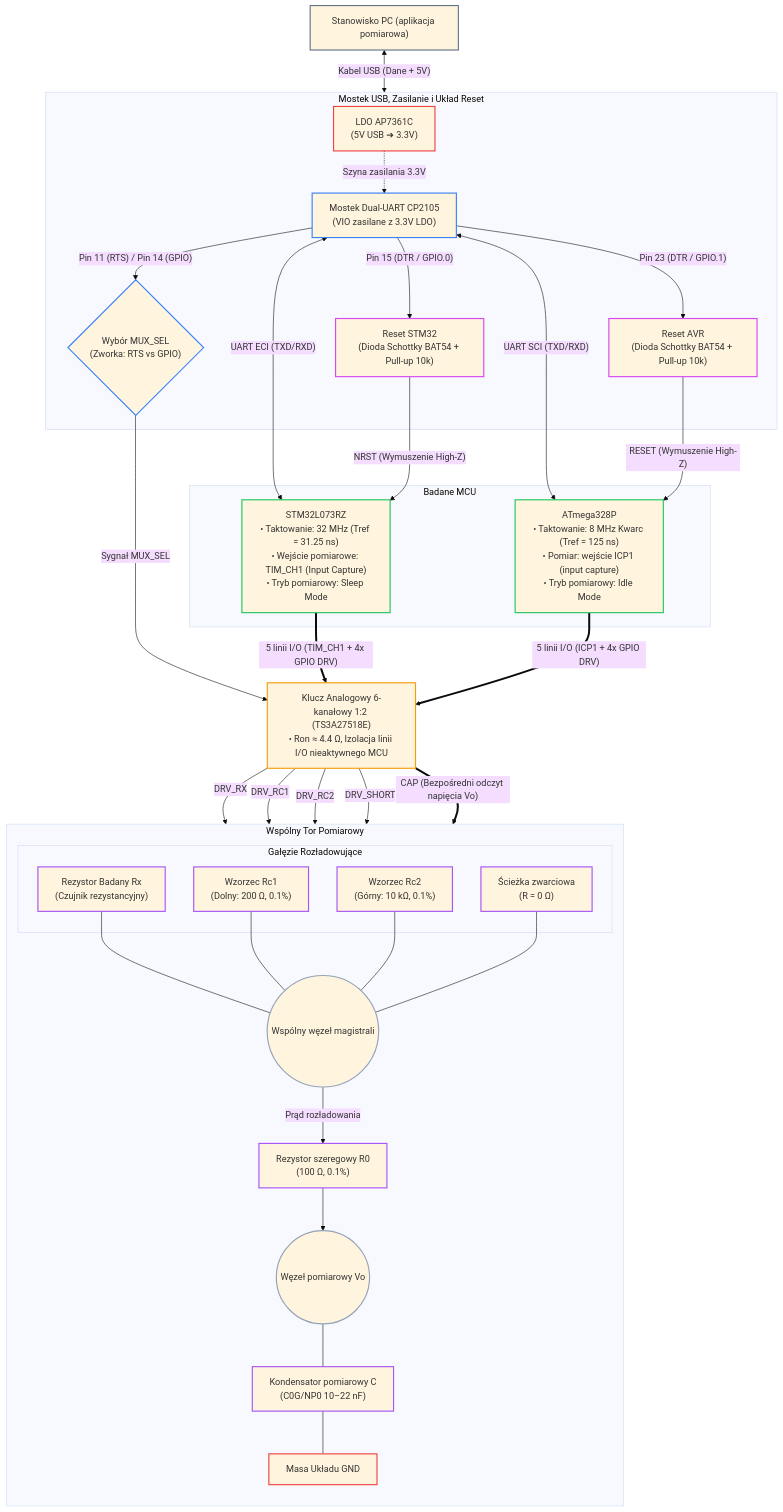
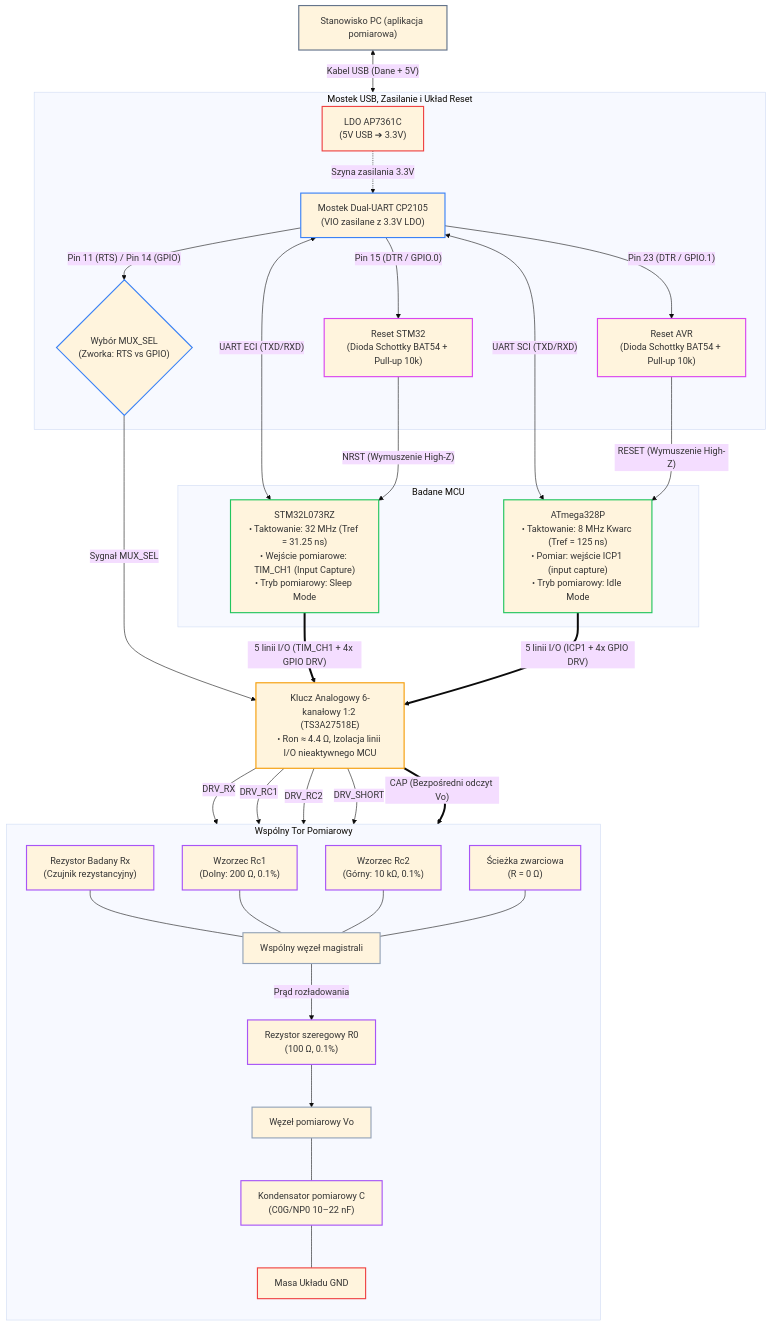
Before and after one commit to trebuHE/PDM-DIC-RS: the diagram in docs/concept.md, drawn with Mermaid (base theme).

Commit message:
update block diagram

````diff
--- a/docs/concept.md
+++ b/docs/concept.md
@@ -29,81 +29,74 @@
 ```mermaid
   flowchart TB
-  subgraph InterfaceSection["Mostek USB, Zasilanie i Układ Reset"]
-          LDO["LDO AP7361C\n(5V USB ➔ 3.3V)"]
-          CP2105["Mostek Dual-UART CP2105\n(VIO zasilane z 3.3V LDO)"]
-          RST_STM["Reset STM32\n(Dioda Schottky BAT54 + Pull-up 10k)"]
-          RST_AVR["Reset AVR\n(Dioda Schottky BAT54 + Pull-up 10k)"]
-          MUX_JUMP{"Wybór MUX_SEL\n(Zworka: RTS vs GPIO)"}
+    subgraph InterfaceSection["Mostek USB, Zasilanie i Układ Reset"]
+        LDO["LDO AP7361C\n(5V USB ➔ 3.3V)"]:::pwrStyle
+        CP2105["Mostek Dual-UART CP2105\n(VIO zasilane z 3.3V LDO)"]:::commStyle
+        RST_STM["Reset STM32\n(Dioda Schottky BAT54 + Pull-up 10k)"]:::rstStyle
+        RST_AVR["Reset AVR\n(Dioda Schottky BAT54 + Pull-up 10k)"]:::rstStyle
+        MUX_JUMP{"Wybór MUX_SEL\n(Zworka: RTS vs GPIO)"}:::commStyle
     end
-  subgraph MCUSection["Badane MCU"]
-          STM32["STM32L073RZ\n• Taktowanie: 32 MHz (Tref = 31.25 ns)\n• Wejście pomiarowe: TIM_CH1 (Input Capture)\n• Tryb pomiarowy: Sleep Mode"]
-          AVR["ATmega328P\n• Taktowanie: 8 MHz Kwarc (Tref = 125 ns)\n• Pomiar: wejście ICP1 (input capture)\n• Tryb pomiarowy: Idle Mode"]
+
+    subgraph MCUSection["Badane MCU"]
+        STM32["STM32L073RZ\n• Taktowanie: 32 MHz (Tref = 31.25 ns)\n• Wejście pomiarowe: TIM_CH1 (Input Capture)\n• Tryb pomiarowy: Sleep Mode"]:::mcuStyle
+        AVR["ATmega328P\n• Taktowanie: 8 MHz Kwarc (Tref = 125 ns)\n• Pomiar: wejście ICP1 (input capture)\n• Tryb pomiarowy: Idle Mode"]:::mcuStyle
     end
-  subgraph Branches["Gałęzie Rozładowujące"]
-          RX["Rezystor Badany Rx\n(Czujnik rezystancyjny)"]
-          RC1["Wzorzec Rc1\n(Dolny: 200 Ω, 0.1%)"]
-          RC2["Wzorzec Rc2\n(Górny: 10 kΩ, 0.1%)"]
-          SHORT["Ścieżka zwarciowa\n(R = 0 Ω)"]
+
+    MUX["Klucz Analogowy 6-kanałowy 1:2 (TS3A27518E)\n• Ron ≈ 4.4 Ω, Izolacja linii I/O nieaktywnego MCU"]:::muxStyle
+
+    subgraph CircuitSection["Wspólny Tor Pomiarowy"]
+        direction TB
+        RX["Rezystor Badany Rx\n(Czujnik rezystancyjny)"]:::circuitStyle
+        RC1["Wzorzec Rc1\n(Dolny: 200 Ω, 0.1%)"]:::circuitStyle
+        RC2["Wzorzec Rc2\n(Górny: 10 kΩ, 0.1%)"]:::circuitStyle
+        SHORT["Ścieżka zwarciowa\n(R = 0 Ω)"]:::circuitStyle
+
+        SUM_NODE["Wspólny węzeł magistrali"]:::nodeStyle
+        R0["Rezystor szeregowy R0\n(100 Ω, 0.1%)"]:::circuitStyle
+        VO_NODE["Węzeł pomiarowy Vo"]:::nodeStyle
+        CAP_C["Kondensator pomiarowy C\n(C0G/NP0 10–22 nF)"]:::circuitStyle
+        GND["Masa Układu GND"]:::pwrStyle
     end
-  subgraph CircuitSection["Wspólny Tor Pomiarowy"]
-      direction TB
-          Branches
-          SUM_NODE(("Wspólny węzeł magistrali"))
-          R0["Rezystor szeregowy R0\n(100 Ω, 0.1%)"]
-          VO_NODE(("Węzeł pomiarowy Vo"))
-          CAP_C["Kondensator pomiarowy C\n(C0G/NP0 10–22 nF)"]
-          GND["Masa Układu GND"]
-    end
-      PC["Stanowisko PC (aplikacja pomiarowa)"] <-- Kabel USB (Dane + 5V) --> InterfaceSection
-      LDO -. "Szyna zasilania 3.3V" .-> CP2105
-      CP2105 -- "Pin 15 (DTR / GPIO.0)" --> RST_STM
-      CP2105 -- "Pin 23 (DTR / GPIO.1)" --> RST_AVR
-      CP2105 -- Pin 11 (RTS) / Pin 14 (GPIO) --> MUX_JUMP
-      CP2105 <-- UART ECI (TXD/RXD) --> STM32
-      CP2105 <-- UART SCI (TXD/RXD) --> AVR
-      RST_STM -- "NRST (Wymuszenie High-Z)" --> STM32
-      RST_AVR -- "RESET (Wymuszenie High-Z)" --> AVR
-      MUX_JUMP -- Sygnał MUX_SEL --> MUX["Klucz Analogowy 6-kanałowy 1:2 (TS3A27518E)\n• Ron ≈ 4.4 Ω, Izolacja linii I/O nieaktywnego MCU"]
-      STM32 == 5 linii I/O (TIM_CH1 + 4x GPIO DRV) ==> MUX
-      AVR == 5 linii I/O (ICP1 + 4x GPIO DRV) ==> MUX
-      RX --- SUM_NODE
-      RC1 --- SUM_NODE
-      RC2 --- SUM_NODE
-      SHORT --- SUM_NODE
-      SUM_NODE -- Prąd rozładowania --> R0
-      R0 --> VO_NODE
-      VO_NODE --- CAP_C
-      CAP_C --- GND
-      MUX -- DRV_RX --> RX
-      MUX -- DRV_RC1 --> RC1
-      MUX -- DRV_RC2 --> RC2
-      MUX -- DRV_SHORT --> SHORT
-      MUX == CAP (Bezpośredni odczyt napięcia Vo) ==> VO_NODE
 
-      LDO:::pwrStyle
-      CP2105:::commStyle
-      RST_STM:::rstStyle
-      RST_AVR:::rstStyle
-      MUX_JUMP:::commStyle
-      STM32:::mcuStyle
-      AVR:::mcuStyle
-      RX:::circuitStyle
-      RC1:::circuitStyle
-      RC2:::circuitStyle
-      SHORT:::circuitStyle
-      SUM_NODE:::nodeStyle
-      R0:::circuitStyle
-      VO_NODE:::nodeStyle
-      CAP_C:::circuitStyle
-      GND:::pwrStyle
-      PC:::pcStyle
-      MUX:::muxStyle
-      classDef pcStyle stroke:#64748b,stroke-width:2px;
+    PC["Stanowisko PC (aplikacja pomiarowa)"]:::pcStyle
+    PC <-->|"Kabel USB (Dane + 5V)"| InterfaceSection
+    LDO -.->|"Szyna zasilania 3.3V"| CP2105
+    
+    CP2105 -->|"Pin 15 (DTR / GPIO.0)"| RST_STM
+    CP2105 -->|"Pin 23 (DTR / GPIO.1)"| RST_AVR
+    CP2105 -->|"Pin 11 (RTS) / Pin 14 (GPIO)"| MUX_JUMP
+
+    CP2105 <-->|"UART ECI (TXD/RXD)"| STM32
+    CP2105 <-->|"UART SCI (TXD/RXD)"| AVR
+
+    RST_STM -->|"NRST (Wymuszenie High-Z)"| STM32
+    RST_AVR -->|"RESET (Wymuszenie High-Z)"| AVR
+
+    MUX_JUMP -->|"Sygnał MUX_SEL"| MUX
+    STM32 ==>|"5 linii I/O (TIM_CH1 + 4x GPIO DRV)"| MUX
+    AVR ==>|"5 linii I/O (ICP1 + 4x GPIO DRV)"| MUX
+
+    RX --- SUM_NODE
+    RC1 --- SUM_NODE
+    RC2 --- SUM_NODE
+    SHORT --- SUM_NODE
+
+    SUM_NODE -->|"Prąd rozładowania"| R0
+    R0 --> VO_NODE
+    VO_NODE --- CAP_C
+    CAP_C --- GND
+
+    MUX -->|"DRV_RX"| RX
+    MUX -->|"DRV_RC1"| RC1
+    MUX -->|"DRV_RC2"| RC2
+    MUX -->|"DRV_SHORT"| SHORT
+    MUX ==>|"CAP (Bezpośredni odczyt Vo)"| VO_NODE
+
+    classDef pcStyle stroke:#64748b,stroke-width:2px;
     classDef pwrStyle stroke:#ef4444,stroke-width:2px;
     classDef commStyle stroke:#3b82f6,stroke-width:2px;
     classDef rstStyle stroke:#d946ef,stroke-width:2px;
     classDef mcuStyle stroke:#22c55e,stroke-width:2px;
     classDef muxStyle stroke:#f59e0b,stroke-width:2px;
     classDef circuitStyle stroke:#a855f7,stroke-width:2px;
     classDef nodeStyle stroke:#94a3b8,stroke-width:2px;
 ```
````
